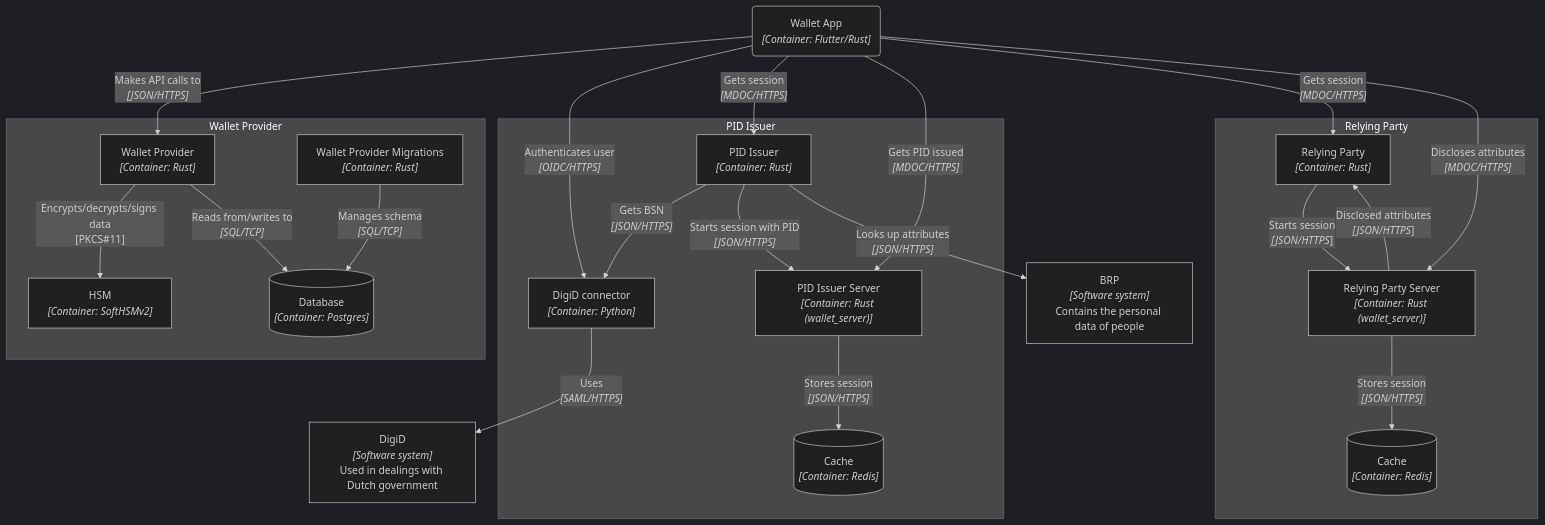
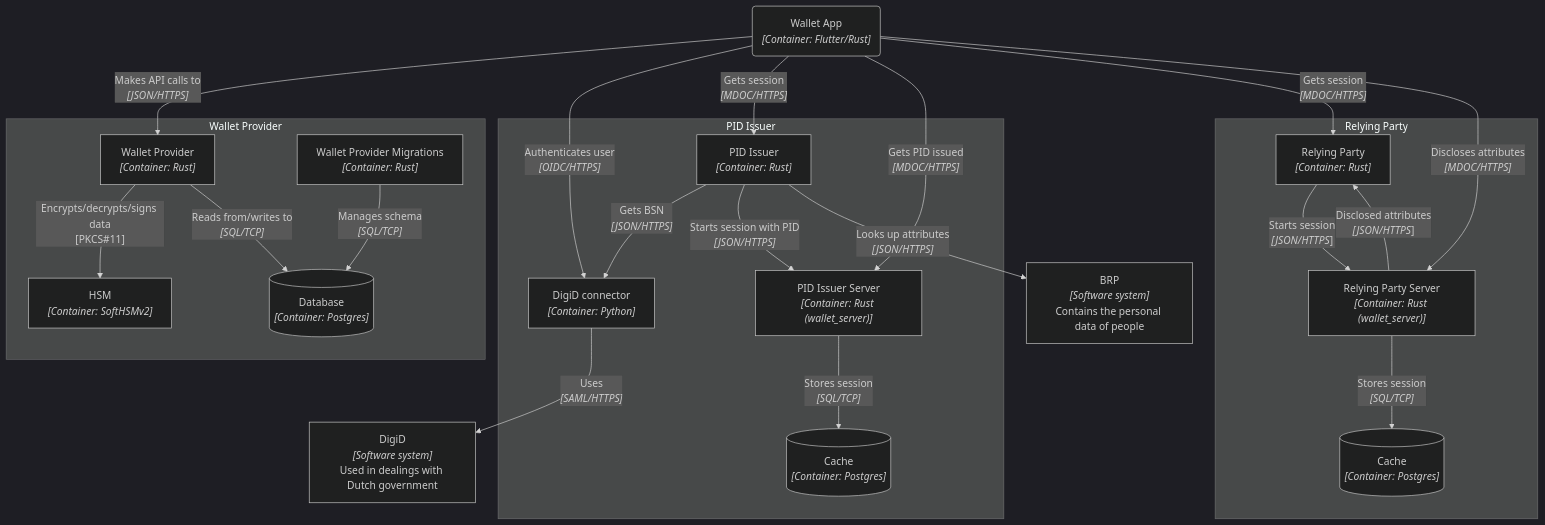
Before and after one commit to MinBZK/nl-wallet: the diagram in documentation/components.md, drawn with Mermaid (dark theme). The commit also changed 25 other files, not shown here.

```diff
--- a/documentation/components.md
+++ b/documentation/components.md
@@ -69,9 +69,9 @@
             PID Issuer Server
             _[Container: Rust (wallet_server)]_
         `"]
-        redis[("`
+        cache[("`
             Cache
-            _[Container: Redis]_
+            _[Container: Postgres]_
         `")]
 
         pid_issuer -- "`
@@ -84,8 +84,8 @@
         `" --> pid_issuer_server
         pid_issuer_server -- "`
             Stores session
-            _[JSON/HTTPS]_
-        `" --> redis
+            _[SQL/TCP]_
+        `" --> cache
     end
 
     subgraph RP[Relying Party]
@@ -97,9 +97,9 @@
             Relying Party
             _[Container: Rust]_
         `"]
-        redis_rp[("`
+        cache_rp[("`
             Cache
-            _[Container: Redis]_
+            _[Container: Postgres]_
         `")]
 
         relying_party -- "`
@@ -112,8 +112,8 @@
         `" --> relying_party
         relying_party_server -- "`
             Stores session
-            _[JSON/HTTPS]_
-        `"--> redis_rp
+            _[SQL/TCP]_
+        `"--> cache_rp
     end
 
     wallet_app -- "`
```
